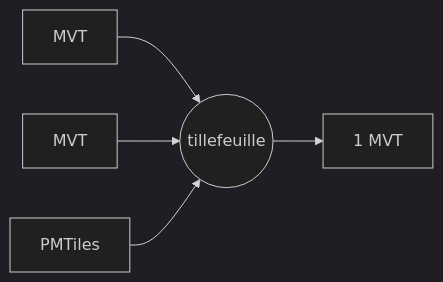
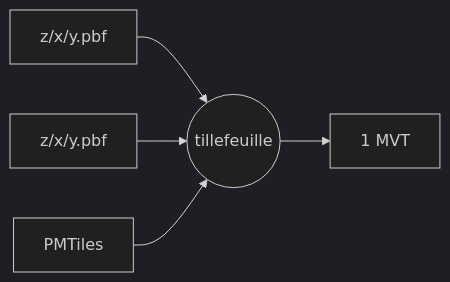
Before and after one commit to Kanahiro/tillefeuille: the diagram in README.md, drawn with Mermaid (dark theme).

````diff
--- a/README.md
+++ b/README.md
@@ -14,7 +14,7 @@
 ```mermaid
 flowchart LR
-  A[MVT] --> T((tillefeuille))
-  B[MVT] --> T
+  A[z/x/y.pbf] --> T((tillefeuille))
+  B[z/x/y.pbf] --> T
   C[PMTiles] --> T
   T --> O[1 MVT]
 ```
````
